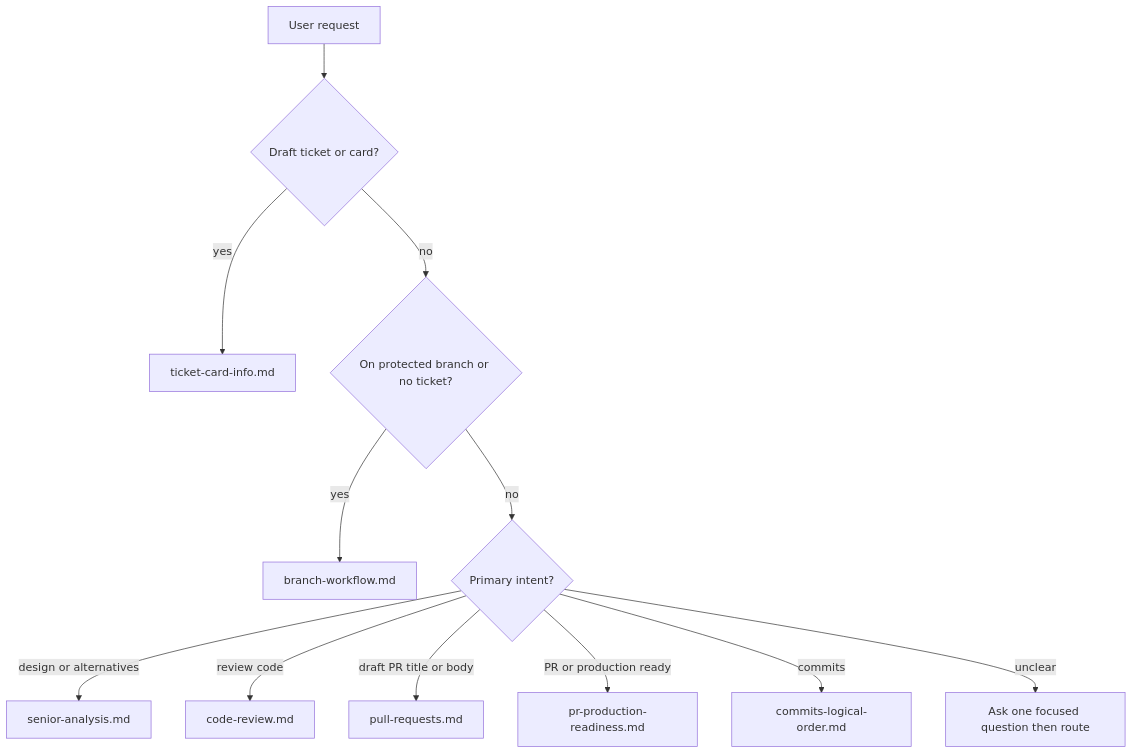
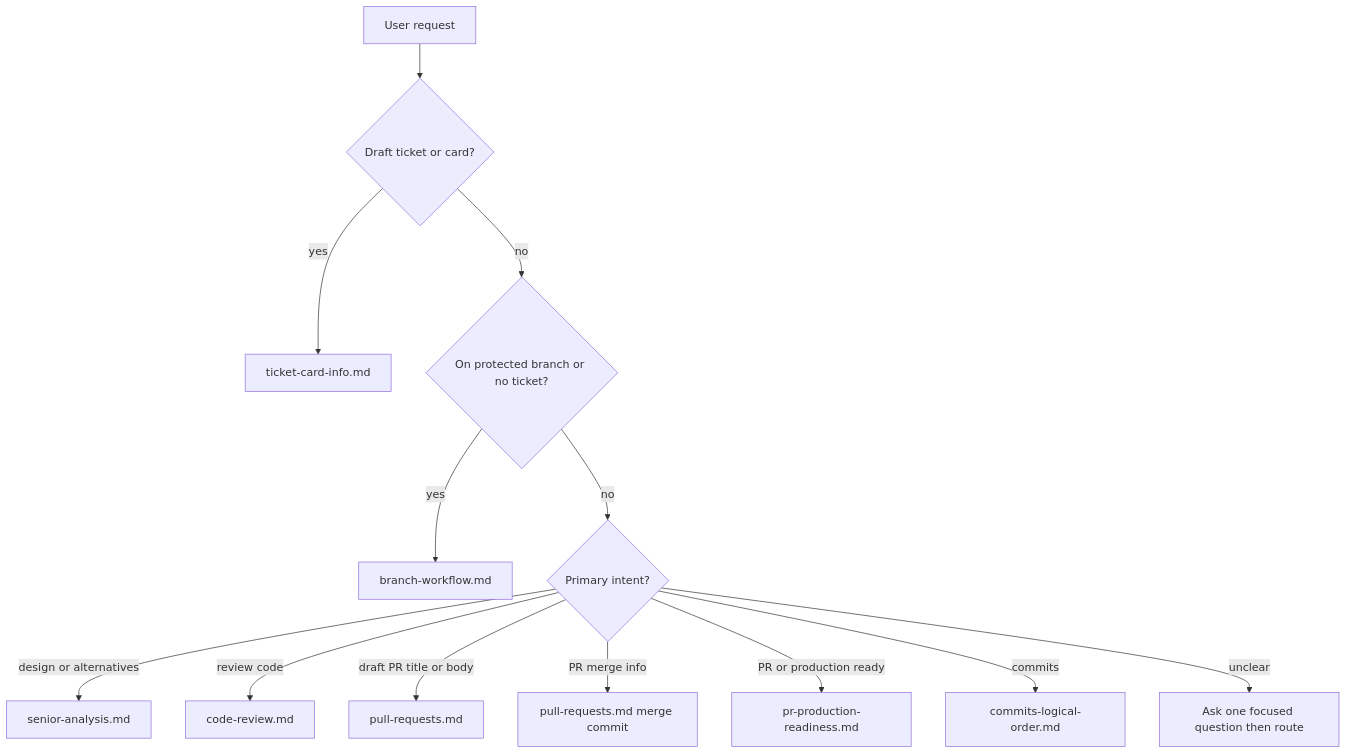
Before and after one commit to osuarez1/cursor-dev-workflows: the diagram in which-workflow.md, drawn with Mermaid. The commit also changed other lines of this file, not shown here.

First line of the commit message:
docs(router): route PR merge info to pull-requests workflow

````diff
--- a/which-workflow.md
+++ b/which-workflow.md
@@ -29,15 +30,16 @@
 ```mermaid
 flowchart TD
   start[User request]
   start --> ticket{Draft ticket or card?}
   ticket -->|yes| ticketInfo[ticket-card-info.md]
   ticket -->|no| branch{On protected branch or no ticket?}
   branch -->|yes| bw[branch-workflow.md]
   branch -->|no| intent{Primary intent?}
   intent -->|design or alternatives| sa[senior-analysis.md]
   intent -->|review code| cr[code-review.md]
   intent -->|draft PR title or body| prConv[pull-requests.md]
+  intent -->|PR merge info| prMerge[pull-requests.md merge commit]
   intent -->|PR or production ready| pr[pr-production-readiness.md]
   intent -->|commits| co[commits-logical-order.md]
   intent -->|unclear| ask[Ask one focused question then route]
 ```
````
